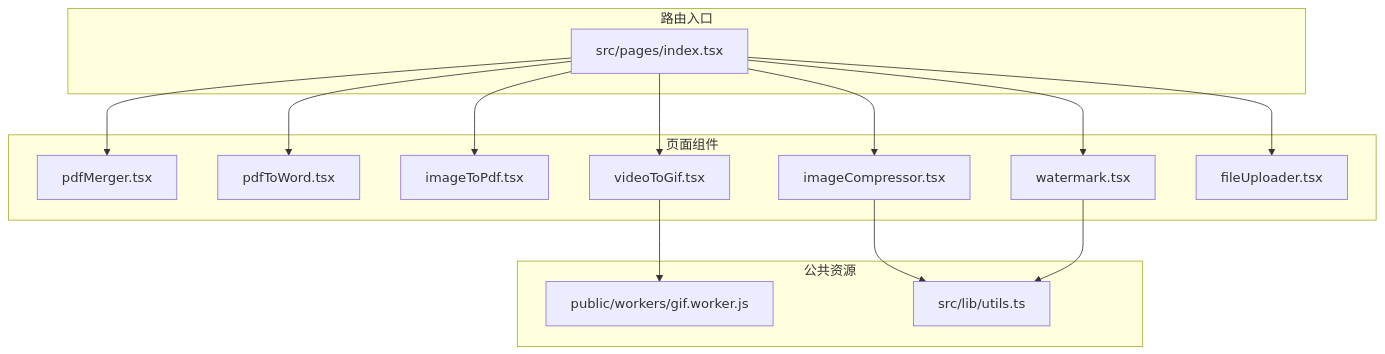
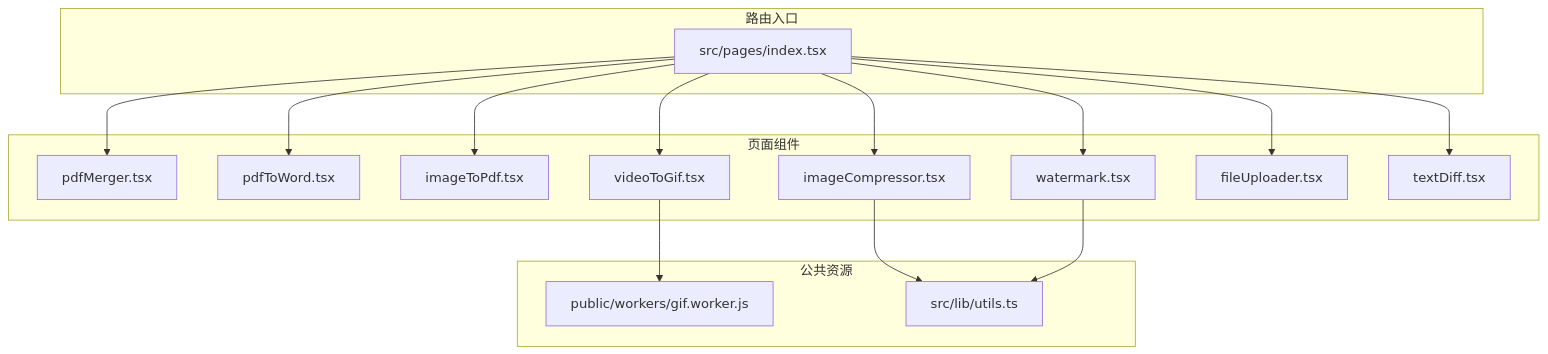
The first of 11 diagrams in .qoder/repowiki/zh/content/功能模块详解/文件处理工具/文件处理工具.md (Sunrisies/bun-react), drawn with Mermaid before and after one commit. The commit also changed other lines of this file and 6 other files, not shown here.

````diff
--- a/.qoder/repowiki/zh/content/功能模块详解/文件处理工具/文件处理工具.md
+++ b/.qoder/repowiki/zh/content/功能模块详解/文件处理工具/文件处理工具.md
@@ -46,29 +55,31 @@
 ```mermaid
 graph TB
 subgraph "页面组件"
 A["pdfMerger.tsx"]
 B["pdfToWord.tsx"]
 C["imageToPdf.tsx"]
 D["imageCompressor.tsx"]
 E["videoToGif.tsx"]
 F["watermark.tsx"]
 G["fileUploader.tsx"]
+H["textDiff.tsx"]
 end
 subgraph "公共资源"
 W["public/workers/gif.worker.js"]
 U["src/lib/utils.ts"]
 end
 subgraph "路由入口"
 R["src/pages/index.tsx"]
 end
 R --> A
 R --> B
 R --> C
 R --> D
 R --> E
 R --> F
 R --> G
+R --> H
 E --> W
 D --> U
 F --> U
 ```
````
